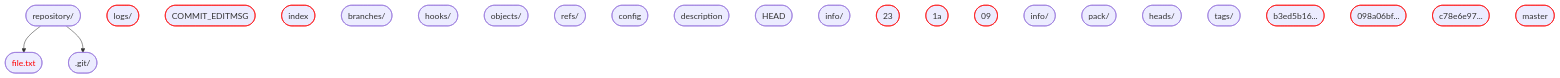
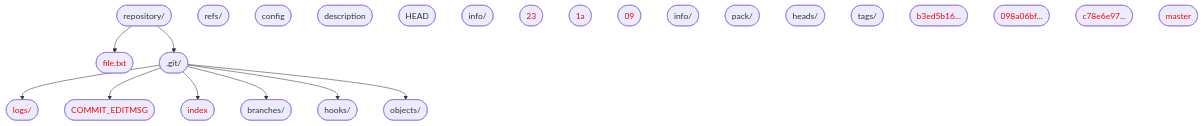
Before and after one commit to hpc2n/course-intro-git: the second of 26 diagrams in docs/basic-concepts.md, drawn with Mermaid.

Commit message:
Adding lecture 3

````diff
--- a/docs/basic-concepts.md
+++ b/docs/basic-concepts.md
@@ -113,42 +113,48 @@
 ```mermaid
 graph TD 
   A(["repository/"])
   B(["file.txt"]) 
   style B color:#FF0000
   C([".git/"])
   D(["logs/"]) 
-  style D stroke:#FF0000
+  style D color:#FF0000
   E(["COMMIT_EDITMSG"])
-  style E stroke:#FF0000
+  style E color:#FF0000
   F(["index"])
-  style F stroke:#FF0000
+  style F color:#FF0000
   G(["branches/"])
   H(["hooks/"])
   I(["objects/"])
   J(["refs/"])
   K(["config"])
   L(["description"])
   M(["HEAD"])
   N(["info/ "])
   O(["23"])
-  style O stroke:#FF0000
+  style O color:#FF0000
   P(["1a"])
-  style P stroke:#FF0000
+  style P color:#FF0000
   Q(["09"])
-  style Q stroke:#FF0000
+  style Q color:#FF0000
   R(["info/ "])
   S(["pack/"])
   T(["heads/"])
   U(["tags/"]) 
   V(["b3ed5b16..."])
-  style V stroke:#FF0000
+  style V color:#FF0000
   W(["098a06bf..."])
-  style W stroke:#FF0000
+  style W color:#FF0000
   X(["c78e6e97..."])
-  style X stroke:#FF0000
+  style X color:#FF0000
   Y(["master"])
-  style Y stroke:#FF0000
+  style Y color:#FF0000
  
   A --> B
   A --> C
+  C --> D
+  C --> E
+  C --> F
+  C --> G
+  C --> H
+  C --> I
 ```
````
